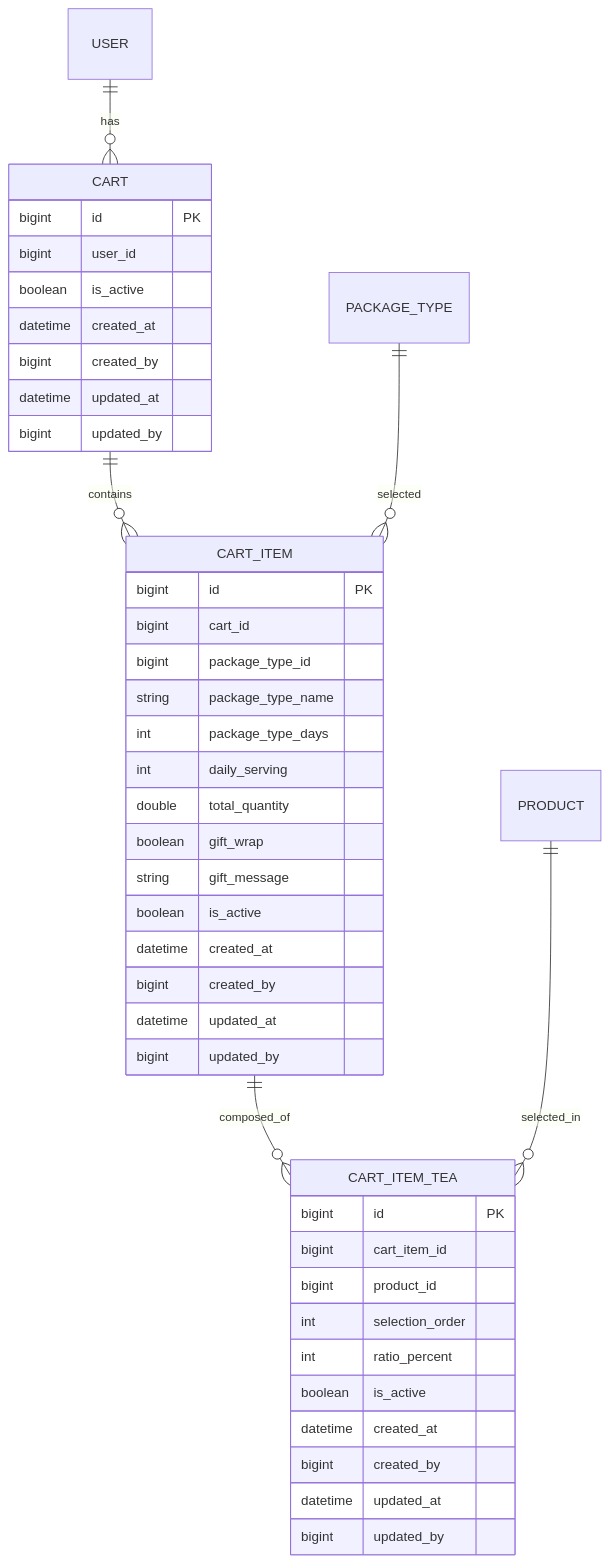
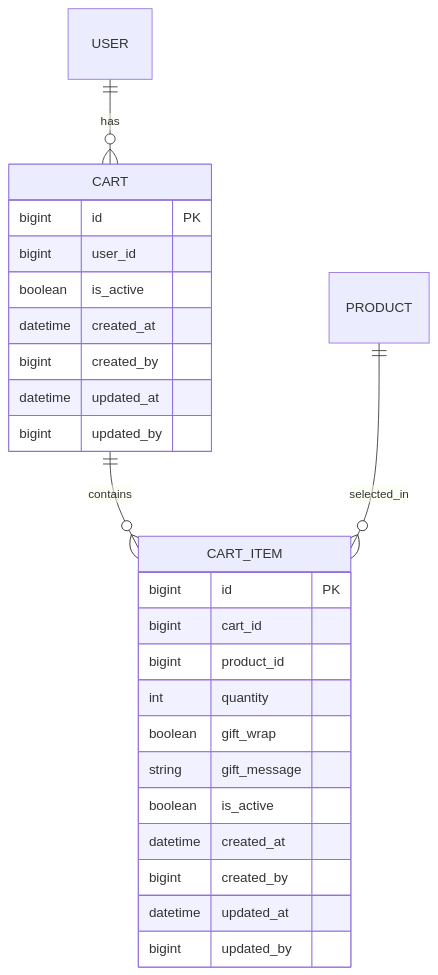
One commit to jay05410/hanghae10-for-study changed the fifth of 8 diagrams in ecommerce/docs/api/data-models.md. Above: the diagram before and after it, drawn with Mermaid. The commit also changed other lines of this file and 8 other files, not shown here.

````diff
--- a/ecommerce/docs/api/data-models.md
+++ b/ecommerce/docs/api/data-models.md
@@ -596,48 +527,30 @@
 ```mermaid
 erDiagram
     USER ||--o{ CART : "has"
     CART ||--o{ CART_ITEM : "contains"
-    CART_ITEM ||--o{ CART_ITEM_TEA : "composed_of"
-    PRODUCT ||--o{ CART_ITEM_TEA : "selected_in"
-    PACKAGE_TYPE ||--o{ CART_ITEM : "selected"
+    PRODUCT ||--o{ CART_ITEM : "selected_in"
 
     CART {
         bigint id PK
         bigint user_id
         boolean is_active
         datetime created_at
         bigint created_by
         datetime updated_at
         bigint updated_by
     }
 
     CART_ITEM {
         bigint id PK
         bigint cart_id
-        bigint package_type_id
-        string package_type_name
-        int package_type_days
-        int daily_serving
-        double total_quantity
+        bigint product_id
+        int quantity
         boolean gift_wrap
         string gift_message
         boolean is_active
         datetime created_at
         bigint created_by
         datetime updated_at
         bigint updated_by
     }
-
-    CART_ITEM_TEA {
-        bigint id PK
-        bigint cart_item_id
-        bigint product_id
-        int selection_order
-        int ratio_percent
-        boolean is_active
-        datetime created_at
-        bigint created_by
-        datetime updated_at
-        bigint updated_by
-    }
 ```
````
